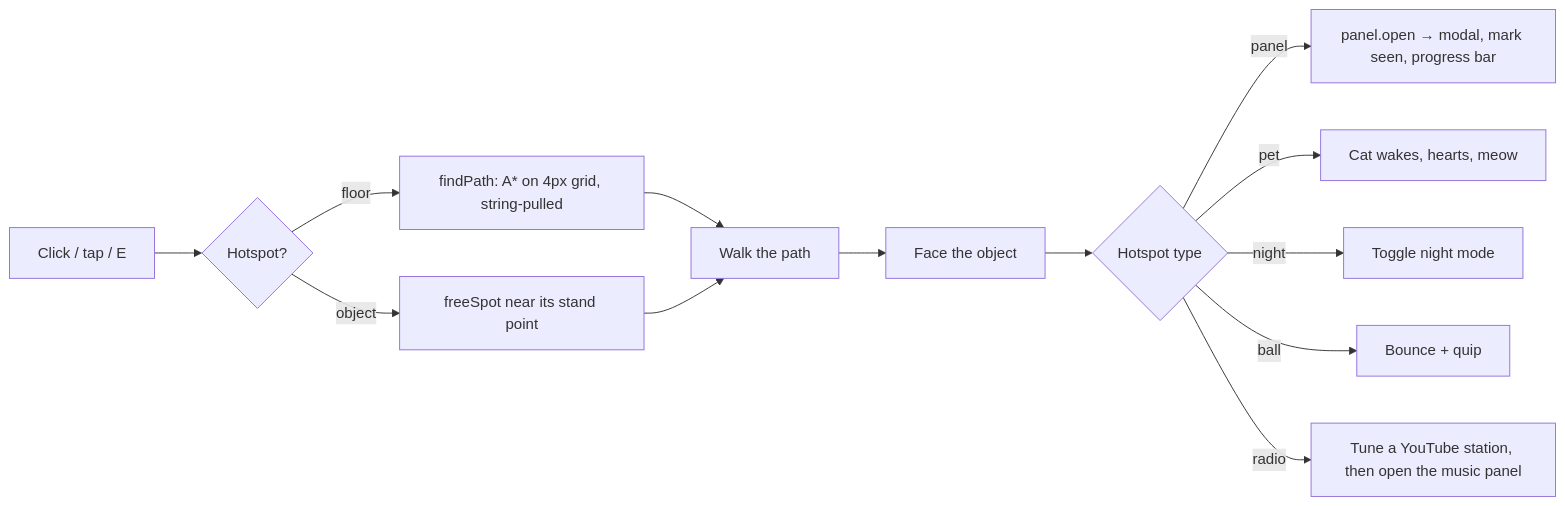
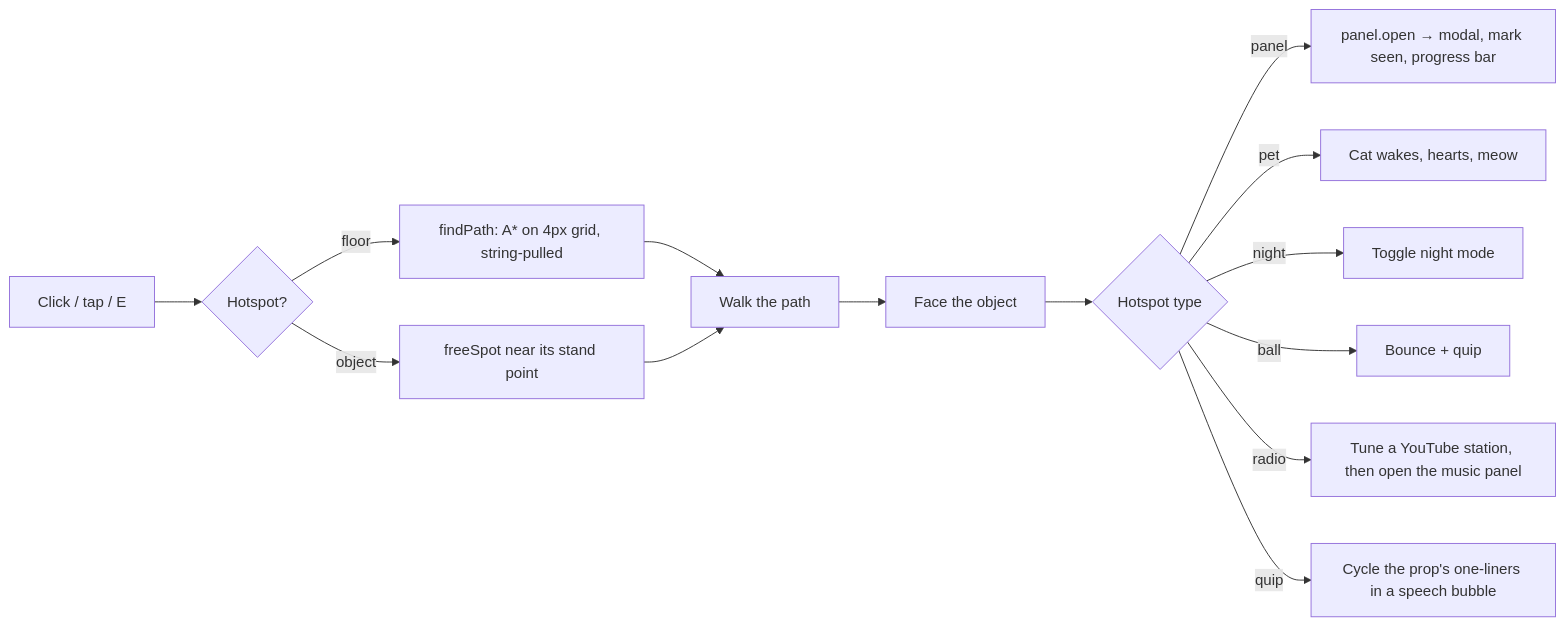
Before and after one commit to priyanshu14077/portfolio-2: the third of 3 diagrams in README.md, drawn with Mermaid. The commit also changed other lines of this file, not shown here.

````diff
--- a/README.md
+++ b/README.md
@@ -112,13 +112,14 @@
 ```mermaid
 flowchart LR
     click[Click / tap / E] --> hit{Hotspot?}
     hit -- floor --> path[findPath: A* on 4px grid, string-pulled] --> walk[Walk the path]
     hit -- object --> stand[freeSpot near its stand point] --> walk
     walk --> arrive[Face the object]
     arrive --> kind{Hotspot type}
     kind -- panel --> open[panel.open → modal, mark seen, progress bar]
     kind -- pet --> cat[Cat wakes, hearts, meow]
     kind -- night --> lamp[Toggle night mode]
     kind -- ball --> ball[Bounce + quip]
     kind -- radio --> yt[Tune a YouTube station, then open the music panel]
+    kind -- quip --> quip[Cycle the prop's one-liners in a speech bubble]
 ```
````
